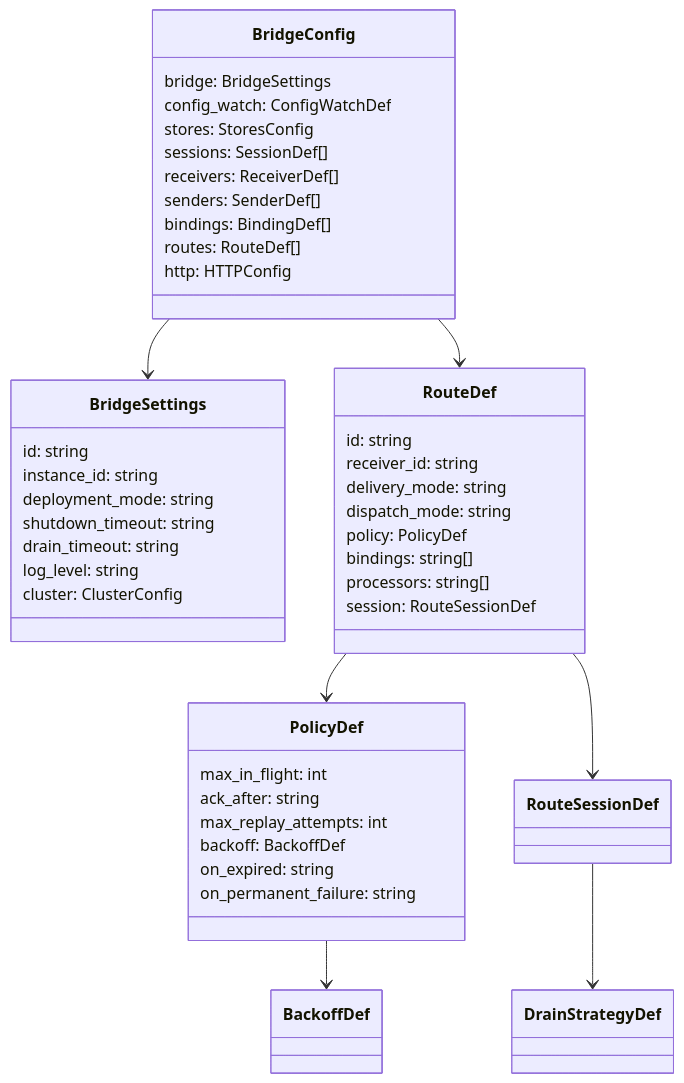
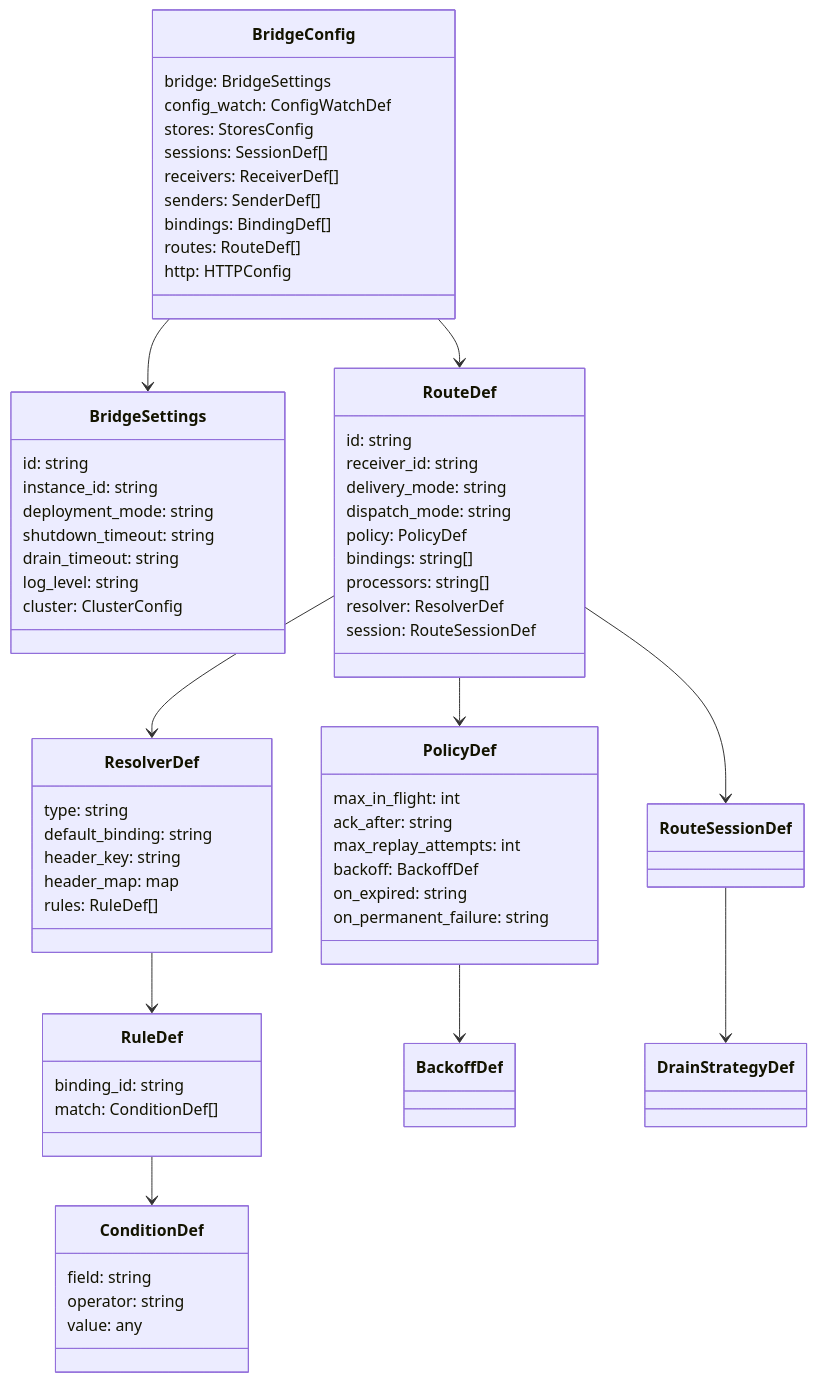
The first of 2 diagrams in docs/configuration-reference.md (mariotoffia/gobridge), drawn with Mermaid before and after one commit. The commit also changed other lines of this file and 23 other files, not shown here.

First line of the commit message:
Add tests for route handling and binding resolution

````diff
--- a/docs/configuration-reference.md
+++ b/docs/configuration-reference.md
@@ -7,51 +7,74 @@
 ```mermaid
 classDiagram
     class BridgeConfig {
         bridge: BridgeSettings
         config_watch: ConfigWatchDef
         stores: StoresConfig
         sessions: SessionDef[]
         receivers: ReceiverDef[]
         senders: SenderDef[]
         bindings: BindingDef[]
         routes: RouteDef[]
         http: HTTPConfig
     }
 
     class BridgeSettings {
         id: string
         instance_id: string
         deployment_mode: string
         shutdown_timeout: string
         drain_timeout: string
         log_level: string
         cluster: ClusterConfig
     }
 
     class RouteDef {
         id: string
         receiver_id: string
         delivery_mode: string
         dispatch_mode: string
         policy: PolicyDef
         bindings: string[]
         processors: string[]
+        resolver: ResolverDef
         session: RouteSessionDef
+    }
+
+    class ResolverDef {
+        type: string
+        default_binding: string
+        header_key: string
+        header_map: map
+        rules: RuleDef[]
+    }
+
+    class RuleDef {
+        binding_id: string
+        match: ConditionDef[]
+    }
+
+    class ConditionDef {
+        field: string
+        operator: string
+        value: any
     }
 
     class PolicyDef {
         max_in_flight: int
         ack_after: string
         max_replay_attempts: int
         backoff: BackoffDef
         on_expired: string
         on_permanent_failure: string
     }
 
     BridgeConfig --> BridgeSettings
     BridgeConfig --> RouteDef
     RouteDef --> PolicyDef
+    RouteDef --> ResolverDef
     RouteDef --> RouteSessionDef
+    ResolverDef --> RuleDef
+    RuleDef --> ConditionDef
     PolicyDef --> BackoffDef
     RouteSessionDef --> DrainStrategyDef
 ```
````
